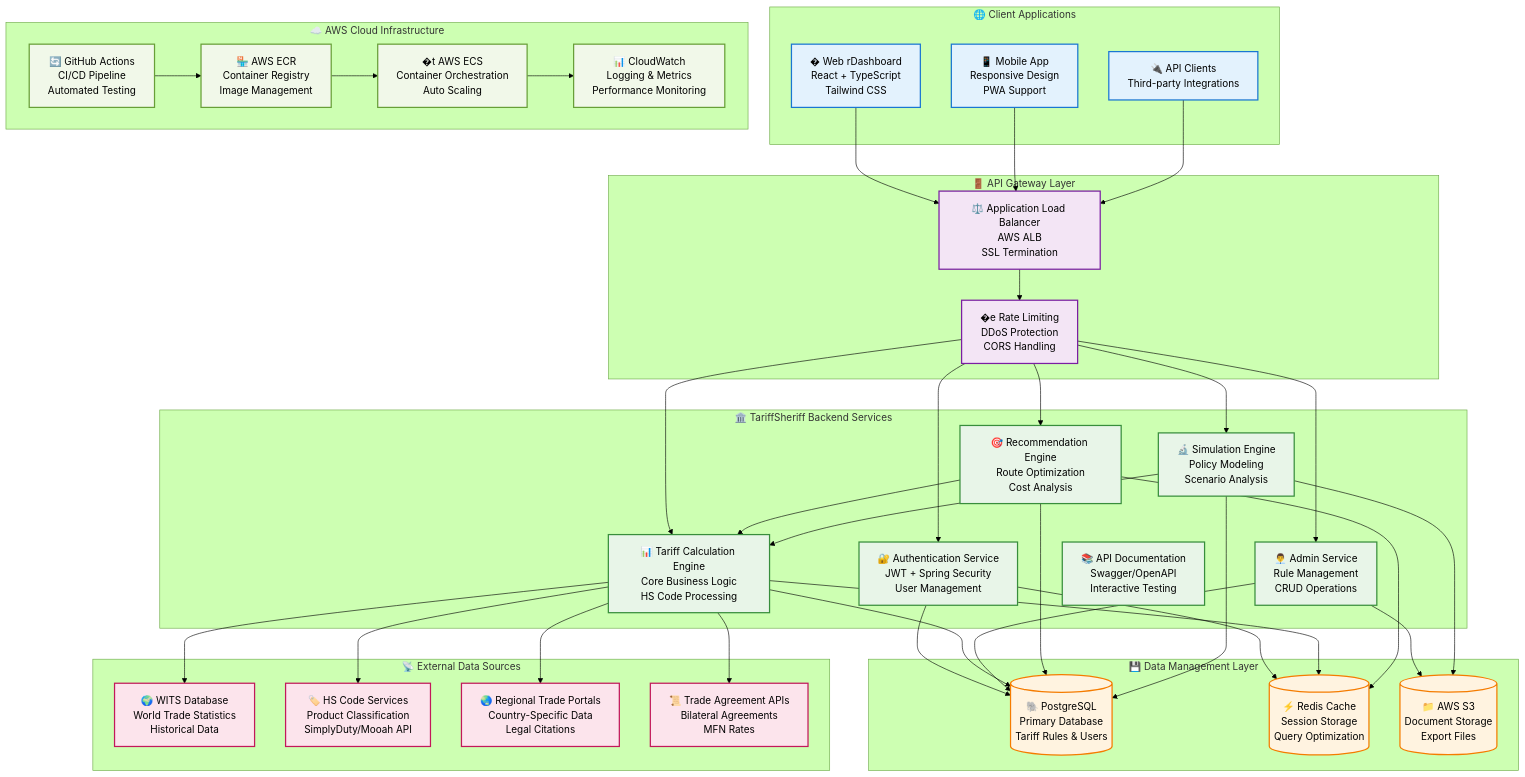
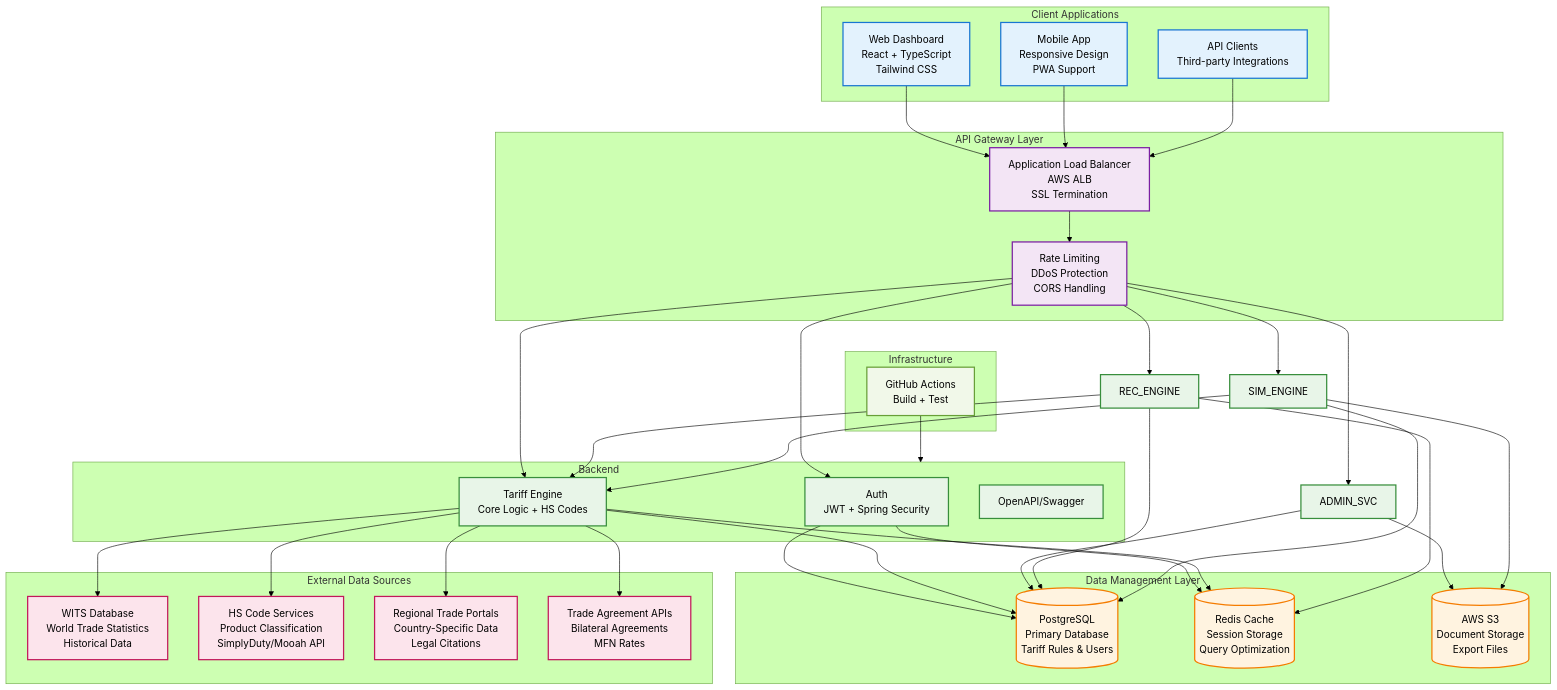
The first of 2 diagrams in README.md (SaaiAravindhRaja/TariffSheriff), drawn with Mermaid (forest theme) before and after one commit. The commit also changed other lines of this file and 3 other files, not shown here.

````diff
--- a/README.md
+++ b/README.md
@@ -74,62 +76,48 @@
 ```mermaid
 graph TB
     %% Client Layer
-    subgraph CLIENT["🌐 Client Applications"]
-        WEB["� Web rDashboard<br/>React + TypeScript<br/>Tailwind CSS"]
-        MOBILE["📱 Mobile App<br/>Responsive Design<br/>PWA Support"]
-        API_CLIENT["🔌 API Clients<br/>Third-party Integrations"]
+    subgraph CLIENT["Client Applications"]
+        WEB["Web Dashboard<br/>React + TypeScript<br/>Tailwind CSS"]
+        MOBILE["Mobile App<br/>Responsive Design<br/>PWA Support"]
+        API_CLIENT["API Clients<br/>Third-party Integrations"]
     end
 
     %% Load Balancer & Gateway
-    subgraph GATEWAY["🚪 API Gateway Layer"]
-        ALB["⚖️ Application Load Balancer<br/>AWS ALB<br/>SSL Termination"]
-        RATE_LIMIT["�️e Rate Limiting<br/>DDoS Protection<br/>CORS Handling"]
+    subgraph GATEWAY["API Gateway Layer"]
+        ALB["Application Load Balancer<br/>AWS ALB<br/>SSL Termination"]
+        RATE_LIMIT["Rate Limiting<br/>DDoS Protection<br/>CORS Handling"]
     end
 
     %% Core Application Services
-    subgraph BACKEND["🏛️ TariffSheriff Backend Services"]
-        AUTH_SVC["🔐 Authentication Service<br/>JWT + Spring Security<br/>User Management"]
-        
-        CALC_ENGINE["📊 Tariff Calculation Engine<br/>Core Business Logic<br/>HS Code Processing"]
-        
-        ADMIN_SVC["👨‍💼 Admin Service<br/>Rule Management<br/>CRUD Operations"]
-        
-        REC_ENGINE["🎯 Recommendation Engine<br/>Route Optimization<br/>Cost Analysis"]
-        
-        SIM_ENGINE["🔬 Simulation Engine<br/>Policy Modeling<br/>Scenario Analysis"]
-        
-        SWAGGER_UI["📚 API Documentation<br/>Swagger/OpenAPI<br/>Interactive Testing"]
+    subgraph BACKEND["Backend"]
+        AUTH_SVC["Auth<br/>JWT + Spring Security"]
+        CALC_ENGINE["Tariff Engine<br/>Core Logic + HS Codes"]
+        SWAGGER_UI["OpenAPI/Swagger"]
     end
 
     %% Data Storage Layer
-    subgraph DATA_LAYER["💾 Data Management Layer"]
-        PRIMARY_DB[("🐘 PostgreSQL<br/>Primary Database<br/>Tariff Rules & Users")]
+    subgraph DATA_LAYER["Data Management Layer"]
+        PRIMARY_DB[("PostgreSQL<br/>Primary Database<br/>Tariff Rules & Users")]
         
-        CACHE_LAYER[("⚡ Redis Cache<br/>Session Storage<br/>Query Optimization")]
+        CACHE_LAYER[("Redis Cache<br/>Session Storage<br/>Query Optimization")]
         
-        FILE_STORAGE[("📁 AWS S3<br/>Document Storage<br/>Export Files")]
+        FILE_STORAGE[("AWS S3<br/>Document Storage<br/>Export Files")]
     end
 
     %% External Data Sources
-    subgraph EXTERNAL["📡 External Data Sources"]
-        WITS_API["🌍 WITS Database<br/>World Trade Statistics<br/>Historical Data"]
+    subgraph EXTERNAL["External Data Sources"]
+        WITS_API["WITS Database<br/>World Trade Statistics<br/>Historical Data"]
         
-        HS_CODE_API["🏷️ HS Code Services<br/>Product Classification<br/>SimplyDuty/Mooah API"]
+        HS_CODE_API["HS Code Services<br/>Product Classification<br/>SimplyDuty/Mooah API"]
         
-        REGIONAL_API["🌏 Regional Trade Portals<br/>Country-Specific Data<br/>Legal Citations"]
+        REGIONAL_API["Regional Trade Portals<br/>Country-Specific Data<br/>Legal Citations"]
         
-        TRADE_AGREEMENTS["📜 Trade Agreement APIs<br/>Bilateral Agreements<br/>MFN Rates"]
+        TRADE_AGREEMENTS["Trade Agreement APIs<br/>Bilateral Agreements<br/>MFN Rates"]
     end
 
     %% Infrastructure & DevOps
-    subgraph INFRA["☁️ AWS Cloud Infrastructure"]
-        CONTAINER_REGISTRY["🏪 AWS ECR<br/>Container Registry<br/>Image Management"]
-        
-        ORCHESTRATION["�t AWS ECS<br/>Container Orchestration<br/>Auto Scaling"]
-        
-        MONITORING["📊 CloudWatch<br/>Logging & Metrics<br/>Performance Monitoring"]
-        
-        CICD["🔄 GitHub Actions<br/>CI/CD Pipeline<br/>Automated Testing"]
+    subgraph INFRA["Infrastructure"]
+        CICD["GitHub Actions<br/>Build + Test"]
     end
 
     %% Data Flow Connections
@@ -165,9 +153,7 @@
     SIM_ENGINE --> CALC_ENGINE
     SIM_ENGINE --> FILE_STORAGE
     
-    CICD --> CONTAINER_REGISTRY
-    CONTAINER_REGISTRY --> ORCHESTRATION
-    ORCHESTRATION --> MONITORING
+    CICD --> BACKEND
     
     %% Styling
     classDef clientStyle fill:#e3f2fd,stroke:#1976d2,stroke-width:2px,color:#000
````
